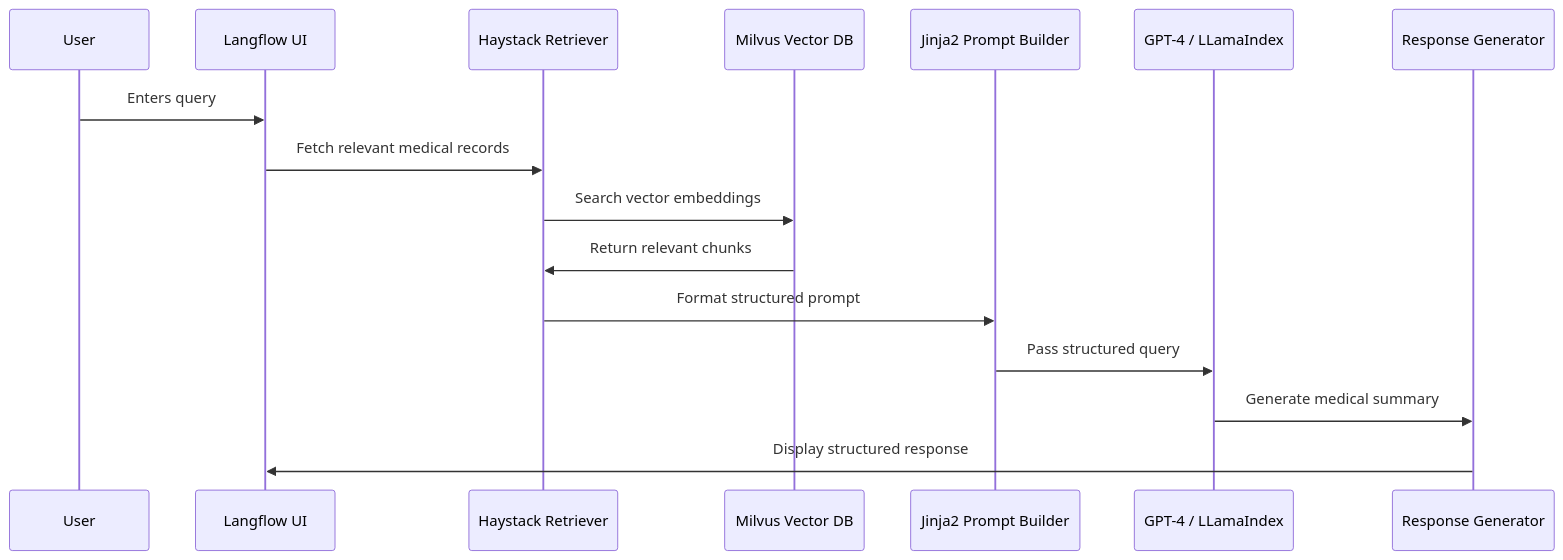
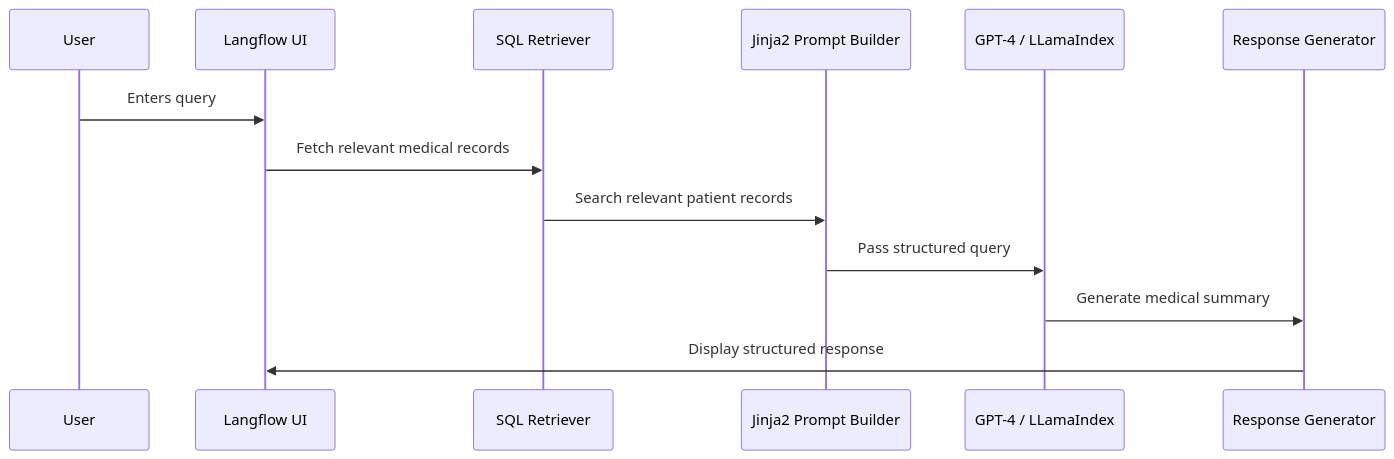
Before and after one commit to inriva-ai/use-cases: the second of 2 diagrams in note_summarization/ref_design.md, drawn with Mermaid. The commit also changed other lines of this file and 20 other files, not shown here.

````diff
--- a/note_summarization/ref_design.md
+++ b/note_summarization/ref_design.md
@@ -149,19 +138,16 @@
 ```mermaid
 sequenceDiagram
     participant User
     participant UI as Langflow UI
-    participant Retriever as Haystack Retriever
-    participant Milvus as Milvus Vector DB
+    participant Retriever as SQL Retriever
     participant Prompt as Jinja2 Prompt Builder
     participant LLM as GPT-4 / LLamaIndex
     participant Output as Response Generator
 
     User->>UI: Enters query
     UI->>Retriever: Fetch relevant medical records
-    Retriever->>Milvus: Search vector embeddings
-    Milvus->>Retriever: Return relevant chunks
-    Retriever->>Prompt: Format structured prompt
+    Retriever->>Prompt: Search relevant patient records
     Prompt->>LLM: Pass structured query
     LLM->>Output: Generate medical summary
     Output->>UI: Display structured response
 ```
````
